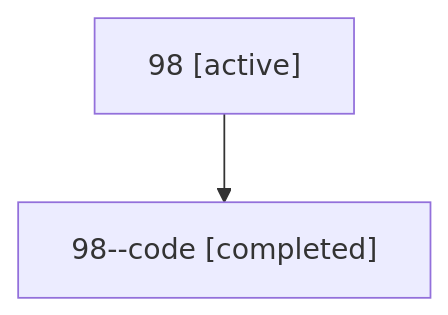
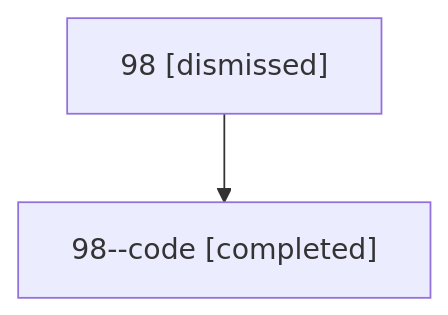
Before and after one commit to sase-org/sase--agents: the diagram in sessions/bbugyi200.athena.98.md, drawn with Mermaid. The commit also changed other lines of this file and 15 other files, not shown here.

````diff
--- a/sessions/bbugyi200.athena.98.md
+++ b/sessions/bbugyi200.athena.98.md
@@ -9,6 +9,6 @@
 ```mermaid
 flowchart TD
-  n0["98 [active]"]
+  n0["98 [dismissed]"]
   n1["98--code [completed]"]
   n0 --> n1
 ```
````
